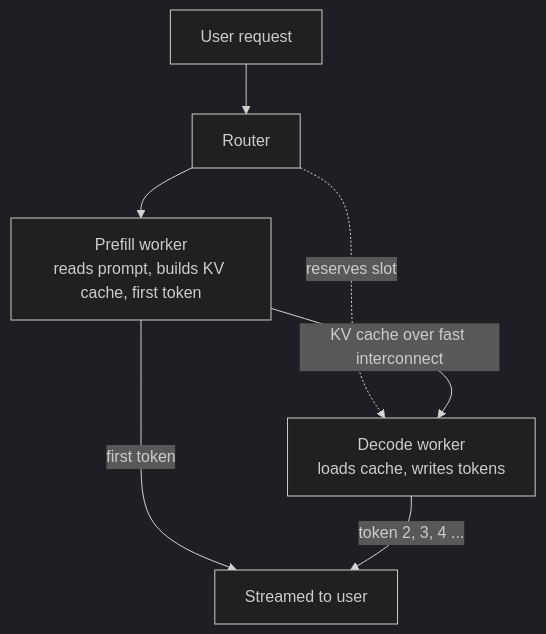
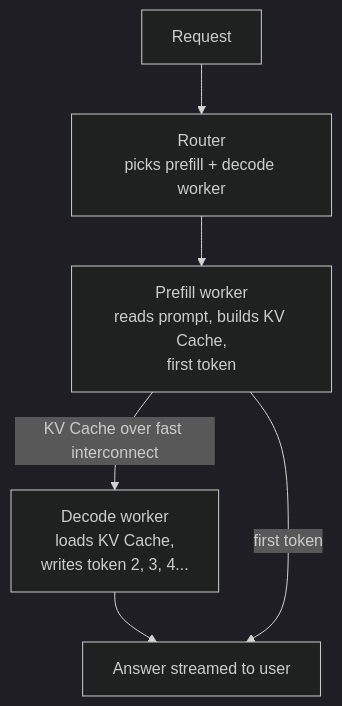
Before and after one commit to kaisarnajar/outcome-school-blogs: the first of 2 diagrams in notes/step-12-llm-inference-engineering/148-prefill-decode-disaggregation.md, drawn with Mermaid (dark theme). The commit also changed other lines of this file and 233 other files, not shown here.

````diff
--- a/notes/step-12-llm-inference-engineering/148-prefill-decode-disaggregation.md
+++ b/notes/step-12-llm-inference-engineering/148-prefill-decode-disaggregation.md
@@ -49,9 +69,8 @@
 ```mermaid
 flowchart TD
-    U["User request"] --> R["Router"]
-    R --> P["Prefill worker<br/>reads prompt, builds KV cache, first token"]
-    R -.->|"reserves slot"| D
-    P -->|"KV cache over fast interconnect"| D["Decode worker<br/>loads cache, writes tokens"]
-    P -->|"first token"| O["Streamed to user"]
-    D -->|"token 2, 3, 4 ..."| O
+    R1["Request"] --> RT["Router<br/>picks prefill + decode worker"]
+    RT --> PW["Prefill worker<br/>reads prompt, builds KV Cache,<br/>first token"]
+    PW -->|"KV Cache over fast interconnect"| DW["Decode worker<br/>loads KV Cache,<br/>writes token 2, 3, 4..."]
+    DW --> U1["Answer streamed to user"]
+    PW -->|"first token"| U1
 ```
````
